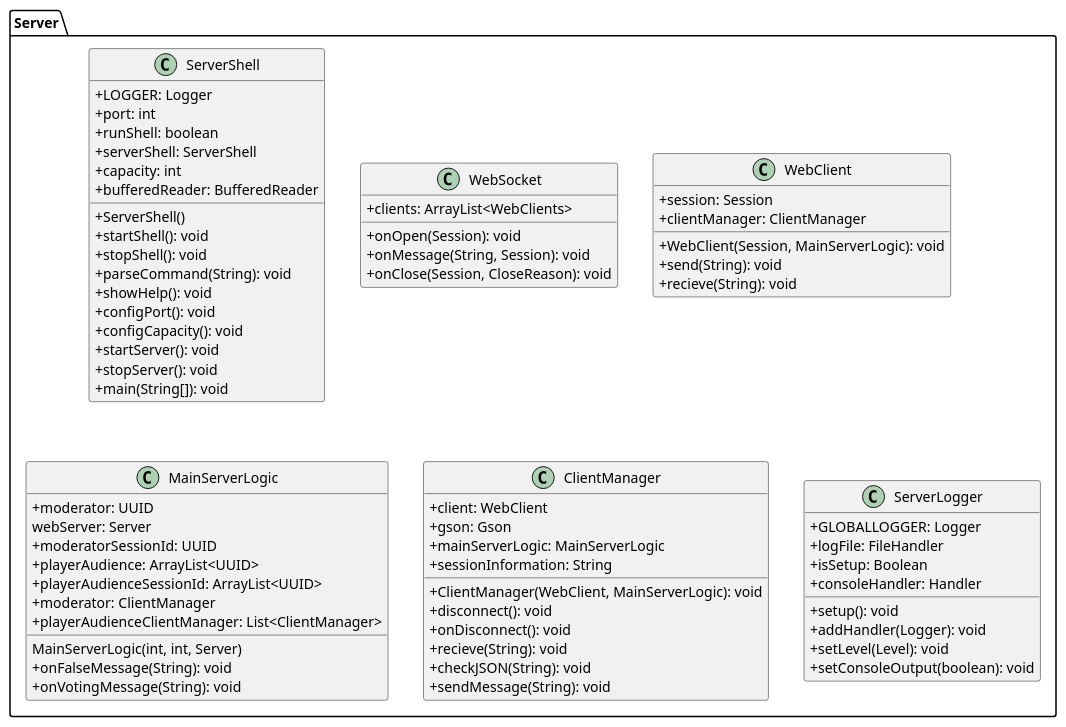
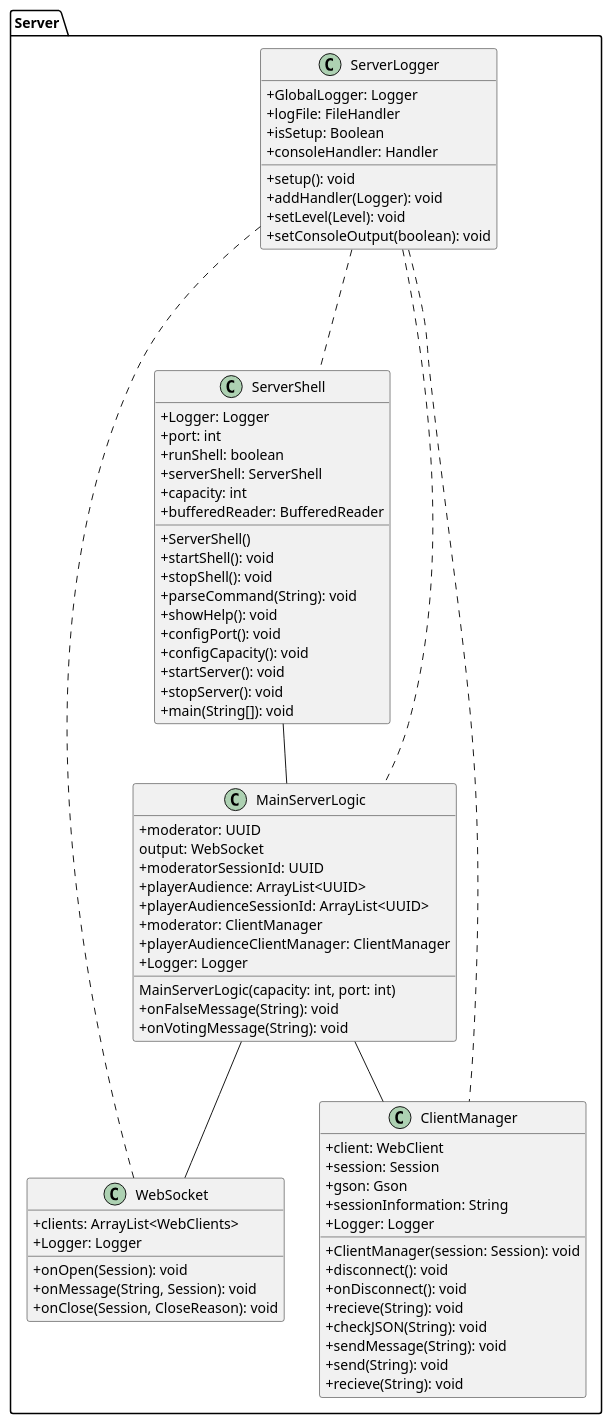
The diagram in Docs/Technical Specifications/docs/diagrams/ServerClassDiagram.puml (Brotenko/QualityQuest), drawn with PlantUML before and after one commit. The commit also changed 1 other file, not shown here.

```diff
--- a/Docs/Technical Specifications/docs/diagrams/ServerClassDiagram.puml
+++ b/Docs/Technical Specifications/docs/diagrams/ServerClassDiagram.puml
@@ -1,76 +1,82 @@
 @startuml
 
 skinparam classAttributeIconSize 0
 
 package "Server" {
-class ServerShell {
-    {field} +LOGGER: Logger
+class "ServerShell" as ss {
+    {field} +Logger: Logger
     {field} +port: int
     {field} +runShell: boolean
     {field} +serverShell: ServerShell
     {field} +capacity: int
     {field} +bufferedReader: BufferedReader
     {method} +ServerShell()
     {method} +startShell(): void
     {method} +stopShell(): void
     {method} +parseCommand(String): void
     {method} +showHelp(): void
     {method} +configPort(): void
     {method} +configCapacity(): void
     {method} +startServer(): void
     {method} +stopServer(): void
     {method} +main(String[]): void
   }
-class WebSocket {
+class "WebSocket" as ws {
     {field} +clients: ArrayList<WebClients>
+    {field} +Logger: Logger
     {method} +onOpen(Session): void
     {method} +onMessage(String, Session): void
     {method} +onClose(Session, CloseReason): void
 
 }
-class WebClient {
-    {field} +session: Session
-    {field} +clientManager: ClientManager
-    {method} +WebClient(Session, MainServerLogic): void
-    {method} +send(String): void
-    {method} +recieve(String): void
-}
-class MainServerLogic {
+
+class "MainServerLogic" as msl {
     {field} +moderator: UUID
-    {field} webServer: Server
+    {field} output: WebSocket
     {field} +moderatorSessionId: UUID
     {field} +playerAudience: ArrayList<UUID>
     {field} +playerAudienceSessionId: ArrayList<UUID>
     {field} +moderator: ClientManager
-    {field} +playerAudienceClientManager: List<ClientManager>
-    {method} MainServerLogic(int, int, Server)
+    {field} +playerAudienceClientManager: ClientManager
+    {field} +Logger: Logger
+    {method} MainServerLogic(capacity: int, port: int)
     {method} +onFalseMessage(String): void
     {method} +onVotingMessage(String): void
 
 }
-class ClientManager {
+class "ClientManager" as cm {
     {field} +client: WebClient
+    {field} +session: Session
     {field} +gson: Gson
-    {field} +mainServerLogic: MainServerLogic
     {field} +sessionInformation: String
-    {method} +ClientManager(WebClient, MainServerLogic): void
+    {field} +Logger: Logger
+    {method} +ClientManager(session: Session): void
     {method} +disconnect(): void
     {method} +onDisconnect(): void
     {method} +recieve(String): void
     {method} +checkJSON(String): void
     {method} +sendMessage(String): void
+    {method} +send(String): void
+    {method} +recieve(String): void
 }
 
-class ServerLogger {
-    {field} +GLOBALLOGGER: Logger
+class "ServerLogger" as sl {
+    {field} +GlobalLogger: Logger
     {field} +logFile: FileHandler
     {field} +isSetup: Boolean
     {field} +consoleHandler: Handler
     {method} +setup(): void
     {method} +addHandler(Logger): void
     {method} +setLevel(Level): void
     {method} +setConsoleOutput(boolean): void
 }
 }
+ss -- msl
+msl -- ws
+msl -- cm
+sl ... msl
+sl ... ws
+sl ... cm
+sl ... ss
 
 @enduml
```
